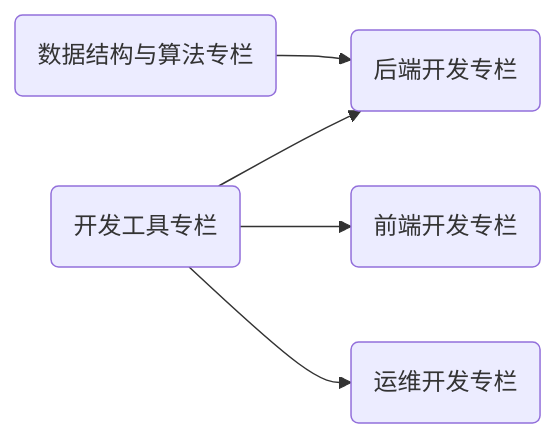
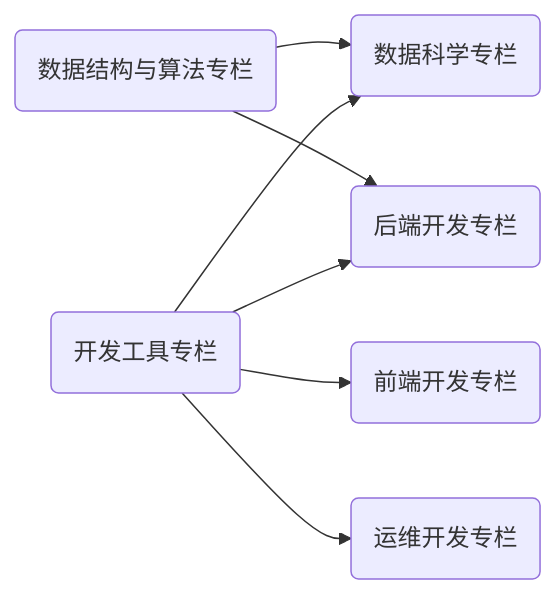
The second of 2 diagrams in docs/index.md (Explorer-Dong/explorer-dong.github.io), drawn with Mermaid before and after one commit. The commit also changed other lines of this file and 3 other files, not shown here.

````diff
--- a/docs/index.md
+++ b/docs/index.md
@@ -103,20 +107,22 @@
 ```mermaid
 graph LR
-  %% 实体定义
-  algo(数据结构与算法专栏)
-  dev_tools(开发工具专栏)
-  fe(前端开发专栏)
-  be(后端开发专栏)
-  dev_ops(运维开发专栏)
+    %% 实体定义
+    data_science(数据科学专栏)
+    ds_and_algo(数据结构与算法专栏)
+    dev_tools(开发工具专栏)
+    front_end(前端开发专栏)
+    back_end(后端开发专栏)
+    dev_ops(运维开发专栏)
+
+    %% 关系定义
+    ds_and_algo --> data_science & back_end
+    dev_tools --> front_end & back_end & dev_ops & data_science
   
-  %% 关系定义
-  algo --> be
-  dev_tools --> fe & be & dev_ops
-  
-  %% 跳转链接
-  click algo "./ds-and-algo/"
-  click dev_tools "./dev-tools/"
-  click fe "./front-end/"
-  click be "./back-end/"
-  click dev_ops "./operation/"
+    %% 跳转链接
+    click data_science "./data-science/"
+    click ds_and_algo "./ds-and-algo/"
+    click dev_tools "./dev-tools/"
+    click front_end "./front-end/"
+    click back_end "./back-end/"
+    click dev_ops "./operation/"
 ```
````
